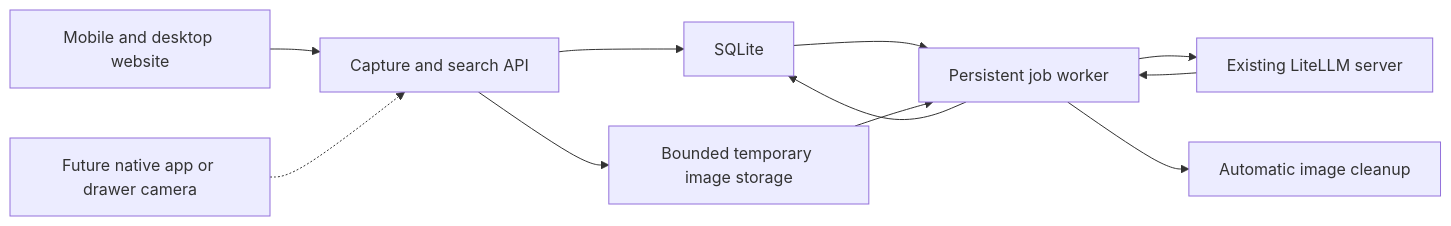
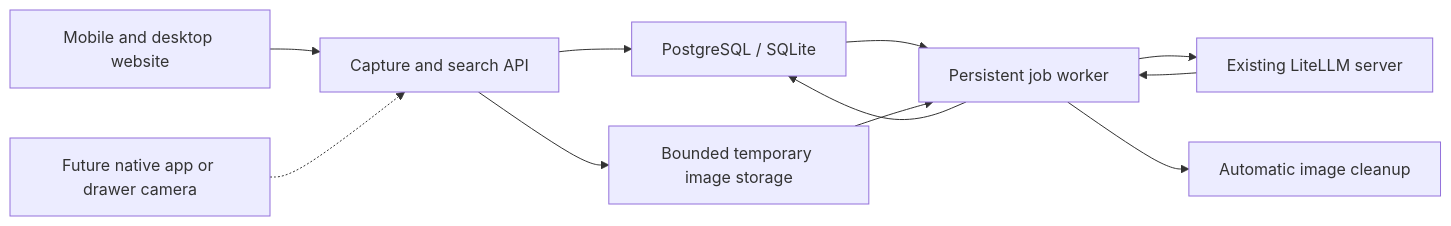
The diagram in PLAN.md (righttang/openbin), drawn with Mermaid before and after one commit. The commit also changed other lines of this file and 41 other files, not shown here.

Commit message:
Use PostgreSQL and simplify RemindMe into scan, find, places and history

````diff
--- a/PLAN.md
+++ b/PLAN.md
@@ -62,13 +64,13 @@
 ```mermaid
 flowchart LR
     W[Mobile and desktop website] --> A[Capture and search API]
     F[Future native app or drawer camera] -.-> A
-    A --> D[SQLite]
+    A --> D[PostgreSQL / SQLite]
     A --> T[Bounded temporary image storage]
     D --> J[Persistent job worker]
     T --> J
     J --> L[Existing LiteLLM server]
     L --> J
     J --> D
     J --> C[Automatic image cleanup]
 ```
````
